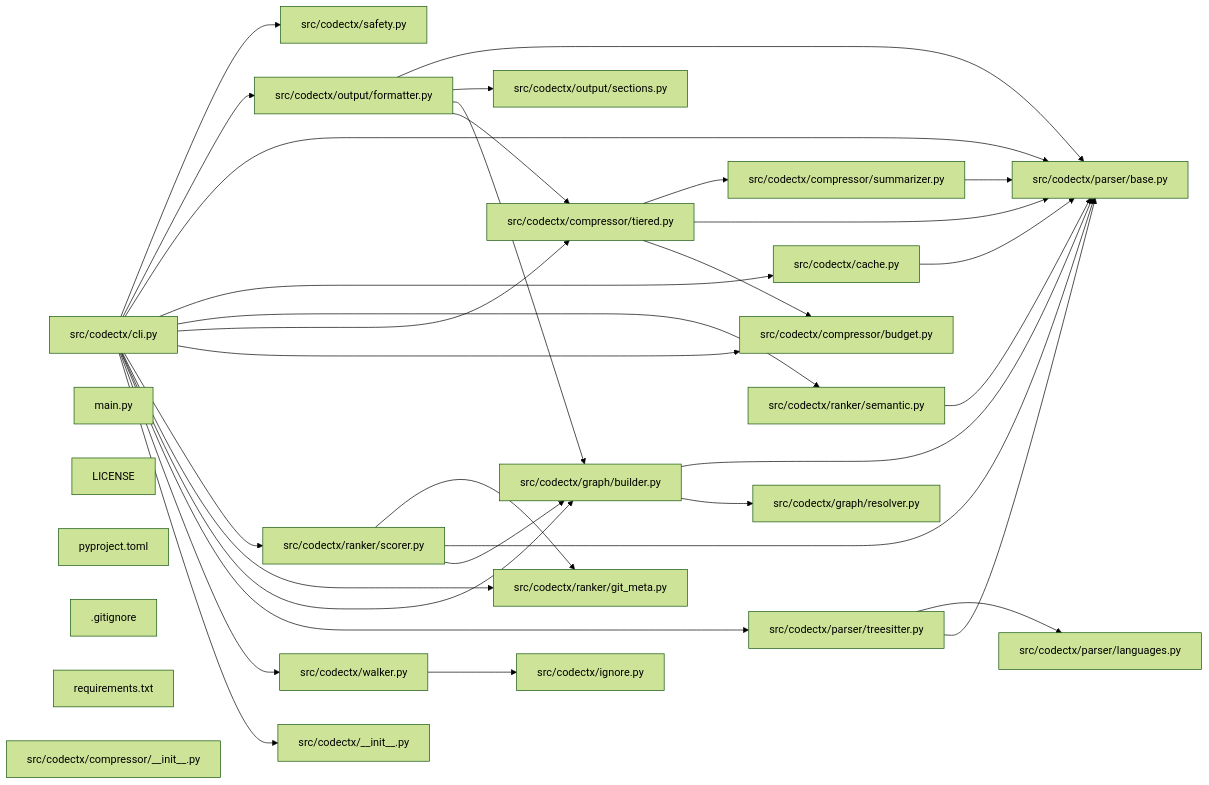
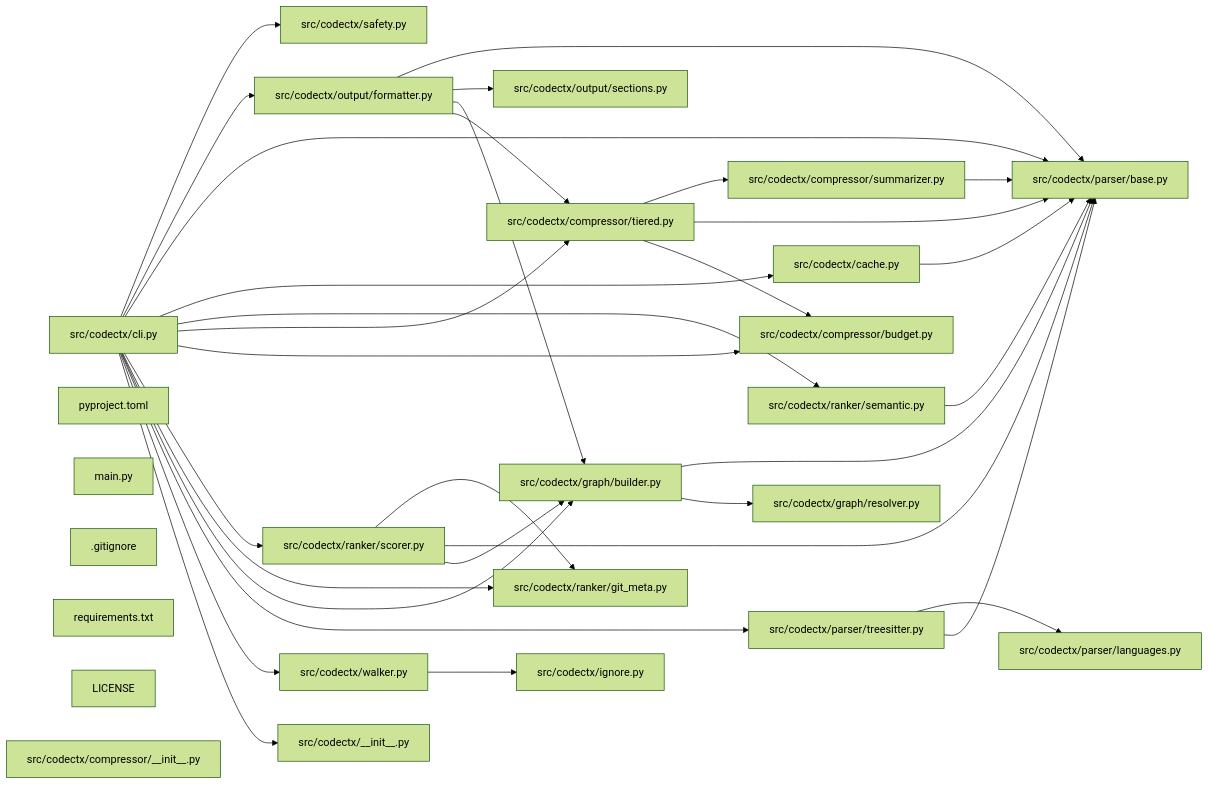
The diagram in CONTEXT.md (hey-granth/codectx), drawn with Mermaid (forest theme) before and after one commit. The commit also changed other lines of this file and 16 other files, not shown here.

````diff
--- a/CONTEXT.md
+++ b/CONTEXT.md
@@ -3577,59 +878,59 @@
 ```mermaid
 graph LR
-    f0["src/codectx/parser/base.py"]
-    f1["src/codectx/compressor/tiered.py"]
-    f2["src/codectx/graph/builder.py"]
-    f3["src/codectx/parser/treesitter.py"]
-    f4["src/codectx/cli.py"]
-    f5["src/codectx/output/formatter.py"]
-    f6["src/codectx/ranker/git_meta.py"]
-    f7["src/codectx/ranker/scorer.py"]
-    f8["src/codectx/compressor/budget.py"]
-    f9["src/codectx/walker.py"]
+    f0["src/codectx/cli.py"]
+    f1["src/codectx/parser/base.py"]
+    f2["src/codectx/parser/treesitter.py"]
+    f3["src/codectx/compressor/tiered.py"]
+    f4["src/codectx/output/formatter.py"]
+    f5["src/codectx/graph/builder.py"]
+    f6["src/codectx/ranker/scorer.py"]
+    f7["src/codectx/walker.py"]
+    f8["src/codectx/ranker/git_meta.py"]
+    f9["src/codectx/cache.py"]
     f10["src/codectx/ranker/semantic.py"]
     f11["src/codectx/output/sections.py"]
-    f12["src/codectx/cache.py"]
-    f13["src/codectx/compressor/summarizer.py"]
-    f14["src/codectx/graph/resolver.py"]
-    f15["main.py"]
-    f16["src/codectx/ignore.py"]
-    f17["src/codectx/safety.py"]
-    f18["src/codectx/__init__.py"]
-    f19["src/codectx/parser/languages.py"]
-    f20["LICENSE"]
-    f21["pyproject.toml"]
-    f22[".gitignore"]
-    f23["requirements.txt"]
+    f12["pyproject.toml"]
+    f13["src/codectx/graph/resolver.py"]
+    f14["src/codectx/compressor/budget.py"]
+    f15["src/codectx/compressor/summarizer.py"]
+    f16["src/codectx/parser/languages.py"]
+    f17["main.py"]
+    f18[".gitignore"]
+    f19["src/codectx/ignore.py"]
+    f20["src/codectx/__init__.py"]
+    f21["src/codectx/safety.py"]
+    f22["requirements.txt"]
+    f23["LICENSE"]
     f24["src/codectx/compressor/__init__.py"]
-    f1 --> f13
-    f1 --> f0
-    f1 --> f8
-    f2 --> f0
-    f2 --> f14
-    f3 --> f19
-    f3 --> f0
-    f4 --> f17
+    f0 --> f21
+    f0 --> f4
+    f0 --> f1
+    f0 --> f9
+    f0 --> f10
+    f0 --> f3
+    f0 --> f14
+    f0 --> f6
+    f0 --> f8
+    f0 --> f5
+    f0 --> f2
+    f0 --> f7
+    f0 --> f20
+    f2 --> f16
+    f2 --> f1
+    f3 --> f15
+    f3 --> f1
+    f3 --> f14
+    f4 --> f1
+    f4 --> f11
     f4 --> f5
-    f4 --> f0
-    f4 --> f12
-    f4 --> f10
-    f4 --> f1
-    f4 --> f8
-    f4 --> f7
-    f4 --> f6
-    f4 --> f2
     f4 --> f3
-    f4 --> f9
-    f4 --> f18
-    f5 --> f0
-    f5 --> f11
-    f5 --> f2
     f5 --> f1
-    f7 --> f6
-    f7 --> f0
-    f7 --> f2
-    f9 --> f16
-    f10 --> f0
-    f12 --> f0
-    f13 --> f0
+    f5 --> f13
+    f6 --> f8
+    f6 --> f1
+    f6 --> f5
+    f7 --> f19
+    f9 --> f1
+    f10 --> f1
+    f15 --> f1
 ```
````
